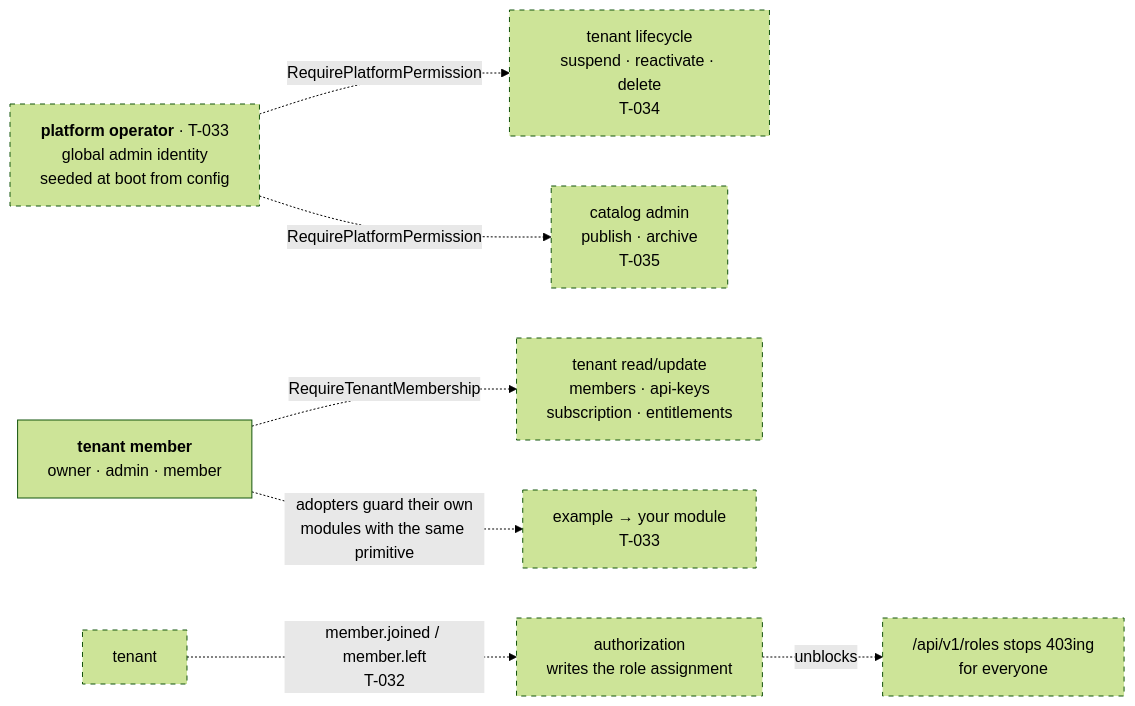
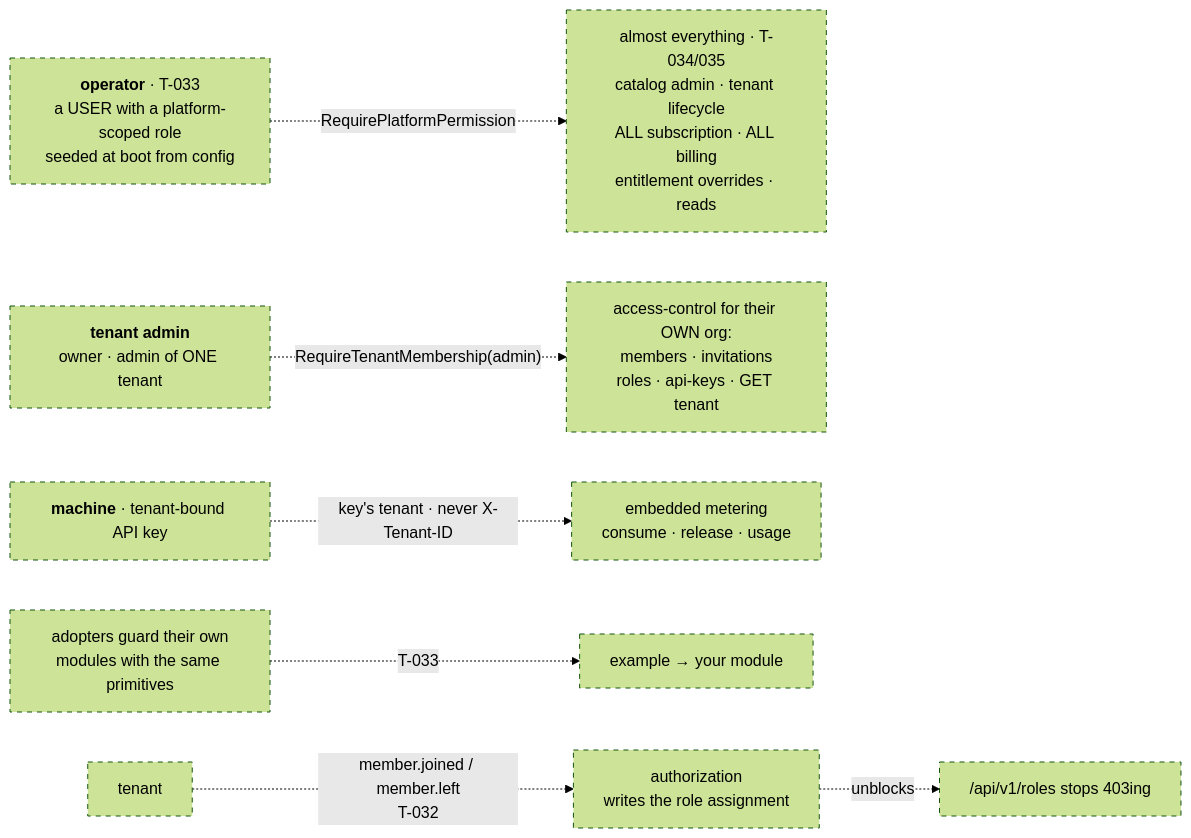
Before and after one commit to williamokano/entitlements: the third of 3 diagrams in docs/PLAN.md, drawn with Mermaid (forest theme). The commit also changed other lines of this file and 1 other file, not shown here.

First line of the commit message:
docs: correct the audience model — operator-by-default, and file T-036 (tenant-isolation IDOR)

````diff
--- a/docs/PLAN.md
+++ b/docs/PLAN.md
@@ -170,17 +183,20 @@
 ```mermaid
 flowchart LR
-    OPERATOR["<b>platform operator</b> · T-033<br/>global admin identity<br/>seeded at boot from config"]
+    OPERATOR["<b>operator</b> · T-033<br/>a USER with a platform-scoped role<br/>seeded at boot from config"]
 
-    OPERATOR -. "RequirePlatformPermission" .-> G1["tenant lifecycle<br/>suspend · reactivate · delete<br/>T-034"]
-    OPERATOR -. "RequirePlatformPermission" .-> G2["catalog admin<br/>publish · archive<br/>T-035"]
+    OPERATOR -. "RequirePlatformPermission" .-> G1["almost everything · T-034/035<br/>catalog admin · tenant lifecycle<br/>ALL subscription · ALL billing<br/>entitlement overrides · reads"]
 
-    MEMBER["<b>tenant member</b><br/>owner · admin · member"]
-    MEMBER -. "RequireTenantMembership" .-> G3["tenant read/update<br/>members · api-keys<br/>subscription · entitlements"]
-    MEMBER -. "adopters guard their own<br/>modules with the same primitive" .-> G4["example → your module<br/>T-033"]
+    ADMIN["<b>tenant admin</b><br/>owner · admin of ONE tenant"]
+    ADMIN -. "RequireTenantMembership(admin)" .-> G3["access-control for their OWN org:<br/>members · invitations<br/>roles · api-keys · GET tenant"]
+
+    MACHINE["<b>machine</b> · tenant-bound API key"]
+    MACHINE -. "key's tenant · never X-Tenant-ID" .-> G5["embedded metering<br/>consume · release · usage"]
+
+    ADOPT["adopters guard their own<br/>modules with the same primitives"] -. T-033 .-> G4["example → your module"]
 
     TEN["tenant"] -. "member.joined / member.left<br/>T-032" .-> AZ["authorization<br/>writes the role assignment"]
-    AZ -. "unblocks" .-> ROLES["/api/v1/roles stops 403ing<br/>for everyone"]
+    AZ -. "unblocks" .-> ROLES["/api/v1/roles stops 403ing"]
 
     classDef planned stroke-dasharray: 5 5;
-    class OPERATOR,G1,G2,G3,G4,TEN,AZ,ROLES planned;
+    class OPERATOR,G1,ADMIN,G3,MACHINE,G5,ADOPT,G4,TEN,AZ,ROLES planned;
 ```
````
